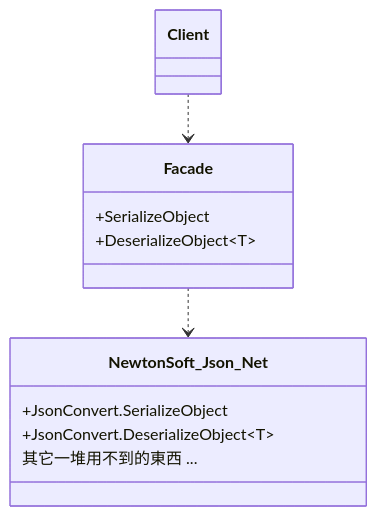
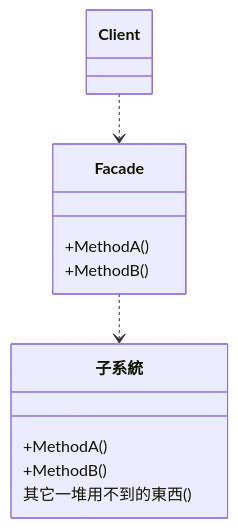
One commit to thunderstormwang/CodingNote changed the diagram in design_pattern/facade.md. Above: the diagram before and after it, drawn with Mermaid. The commit also changed other lines of this file and 5 other files, not shown here.

````diff
--- a/design_pattern/facade.md
+++ b/design_pattern/facade.md
@@ -8,16 +9,16 @@
 ```mermaid
 classDiagram
 class Client
 class Facade {
-    +SerializeObject
-    +DeserializeObject~T~
+    +MethodA()
+    +MethodB()
 }
-class NewtonSoft_Json_Net {
-    +JsonConvert.SerializeObject
-    +JsonConvert.DeserializeObject~T~
-    其它一堆用不到的東西 ...
+class 子系統 {
+    +MethodA()
+    +MethodB()
+    其它一堆用不到的東西()
 }
 
 Client ..> Facade
-Facade ..> NewtonSoft_Json_Net
+Facade ..> 子系統
 ```
````
